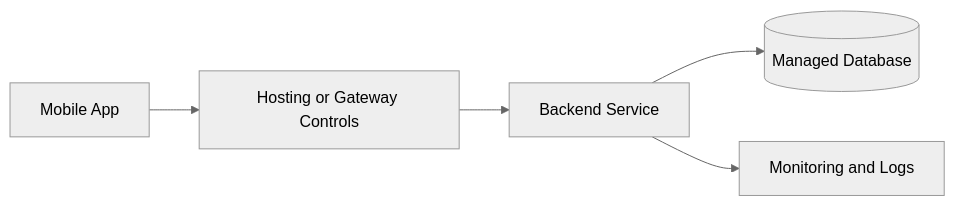
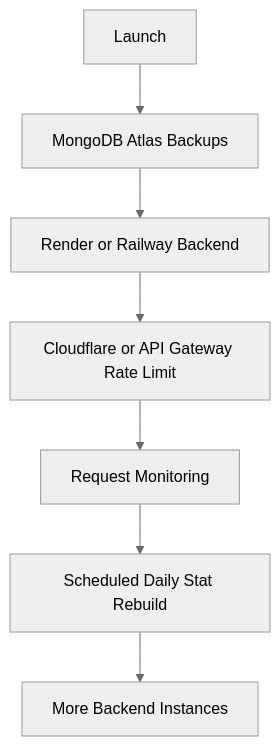
The seventh of 7 diagrams in README.md (luckyr942/Consisly), drawn with Mermaid (neutral theme) before and after one commit. The commit also changed other lines of this file and 3 other files, not shown here.

````diff
--- a/README.md
+++ b/README.md
@@ -120,7 +261,9 @@
 ```mermaid
-flowchart LR
-    App[Mobile App] --> Edge[Hosting or Gateway Controls]
-    Edge --> API[Backend Service]
-    API --> DB[(Managed Database)]
-    API --> Logs[Monitoring and Logs]
+flowchart TD
+    A[Launch] --> B[MongoDB Atlas Backups]
+    B --> C[Render or Railway Backend]
+    C --> D[Cloudflare or API Gateway Rate Limit]
+    D --> E[Request Monitoring]
+    E --> F[Scheduled Daily Stat Rebuild]
+    F --> G[More Backend Instances]
 ```
````
